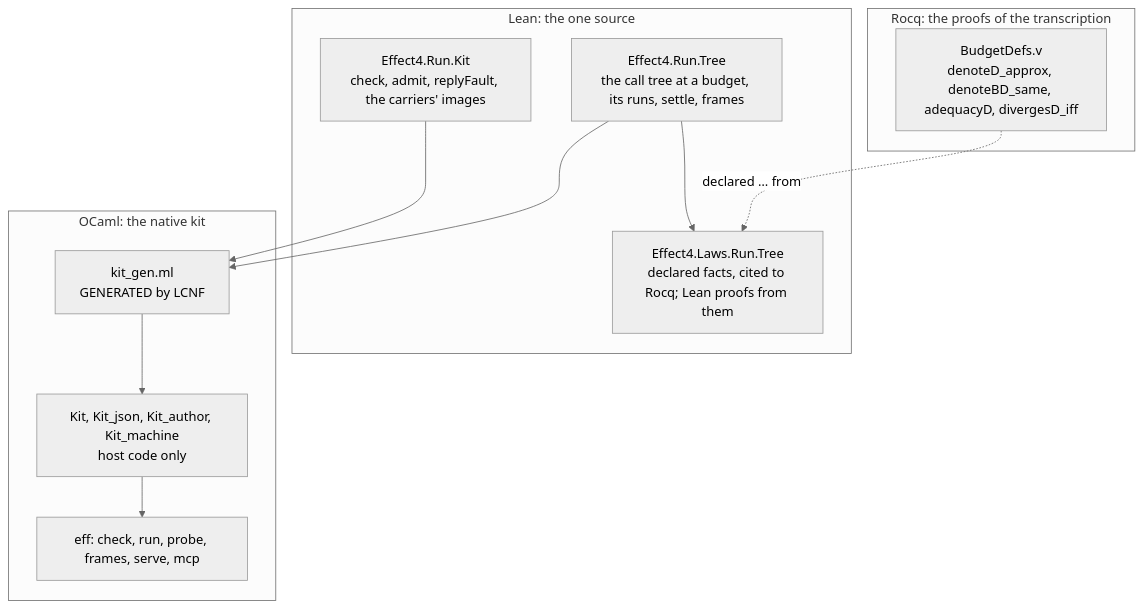
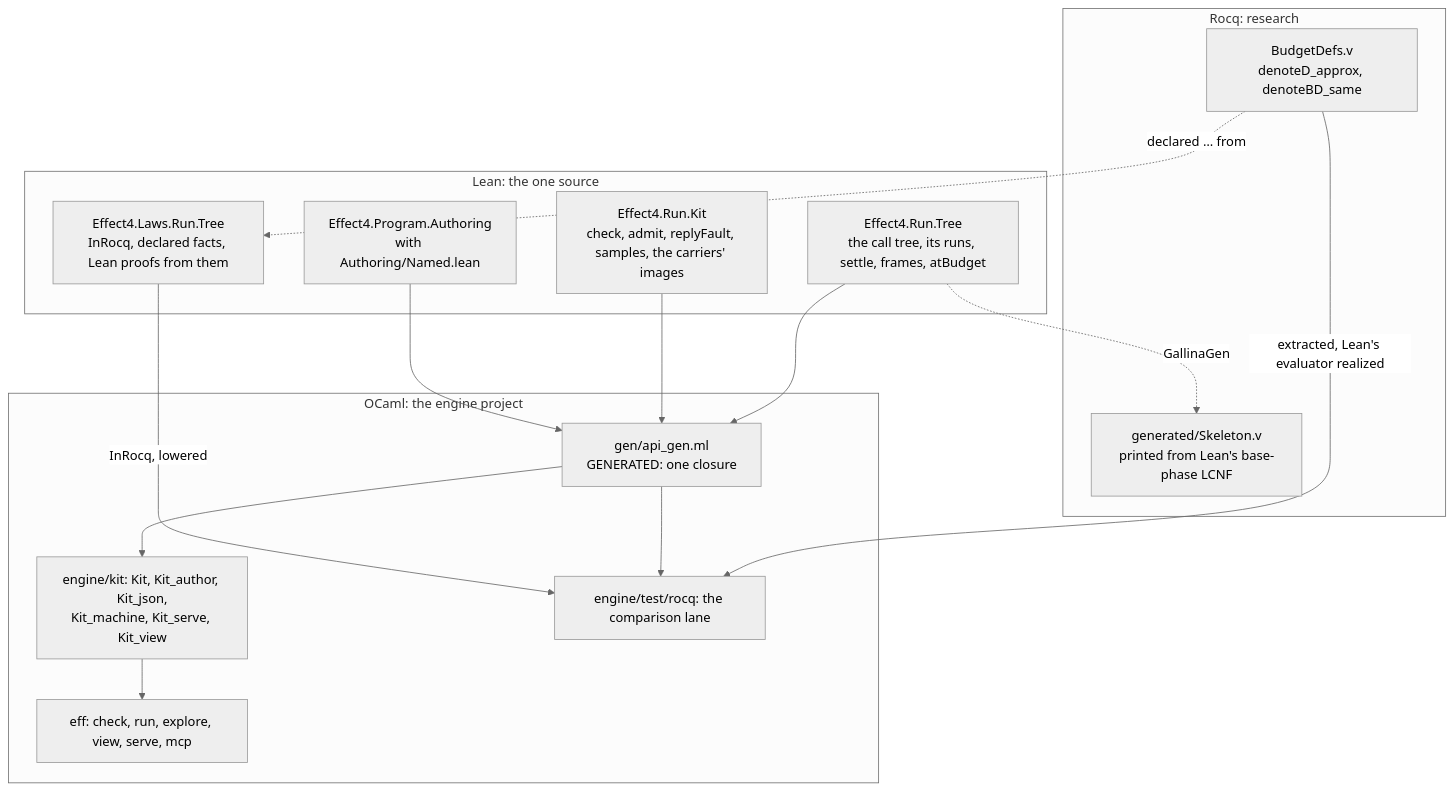
Before and after one commit to pure-algebra/lean4-effect4: the second of 3 diagrams in docs/research/2026-10-16-native-kit/README.md, drawn with Mermaid (neutral theme). The commit also changed other lines of this file and 1 other file, not shown here.

First line of the commit message:
The native kit's note and receipt: one closure, one run, Lean's authoring and the comparison lane

````diff
--- a/docs/research/2026-10-16-native-kit/README.md
+++ b/docs/research/2026-10-16-native-kit/README.md
@@ -52,21 +47,28 @@
 ```mermaid
 flowchart TB
   subgraph Lean["Lean: the one source"]
-    T["Effect4.Run.Tree<br/>the call tree at a budget, its runs, settle, frames"]
-    K["Effect4.Run.Kit<br/>check, admit, replyFault, the carriers' images"]
-    L["Effect4.Laws.Run.Tree<br/>declared facts, cited to Rocq; Lean proofs from them"]
+    T["Effect4.Run.Tree<br/>the call tree, its runs, settle, frames, atBudget"]
+    K["Effect4.Run.Kit<br/>check, admit, replyFault, samples, the carriers' images"]
+    A["Effect4.Program.Authoring<br/>with Authoring/Named.lean"]
+    L["Effect4.Laws.Run.Tree<br/>InRocq, declared facts, Lean proofs from them"]
   end
-  subgraph Rocq["Rocq: the proofs of the transcription"]
-    B["BudgetDefs.v<br/>denoteD_approx, denoteBD_same, adequacyD, divergesD_iff"]
+  subgraph Rocq["Rocq: research"]
+    B["BudgetDefs.v<br/>denoteD_approx, denoteBD_same"]
+    S["generated/Skeleton.v<br/>printed from Lean's base-phase LCNF"]
   end
-  subgraph OCaml["OCaml: the native kit"]
-    G["kit_gen.ml<br/>GENERATED by LCNF"]
-    H["Kit, Kit_json, Kit_author, Kit_machine<br/>host code only"]
-    E["eff: check, run, probe, frames, serve, mcp"]
+  subgraph OCaml["OCaml: the engine project"]
+    G["gen/api_gen.ml<br/>GENERATED: one closure"]
+    H["engine/kit: Kit, Kit_author, Kit_json,<br/>Kit_machine, Kit_serve, Kit_view"]
+    E["eff: check, run, explore, view, serve, mcp"]
+    Q["engine/test/rocq: the comparison lane"]
   end
   B -. "declared … from" .-> L
-  T --> L
   T --> G
   K --> G
+  A --> G
   G --> H --> E
+  B -- "extracted, Lean's evaluator realized" --> Q
+  G --> Q
+  L -- "InRocq, lowered" --> Q
+  T -. "GallinaGen" .-> S
 ```
````
